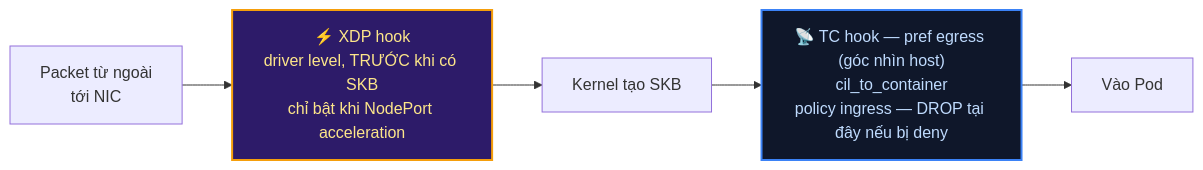
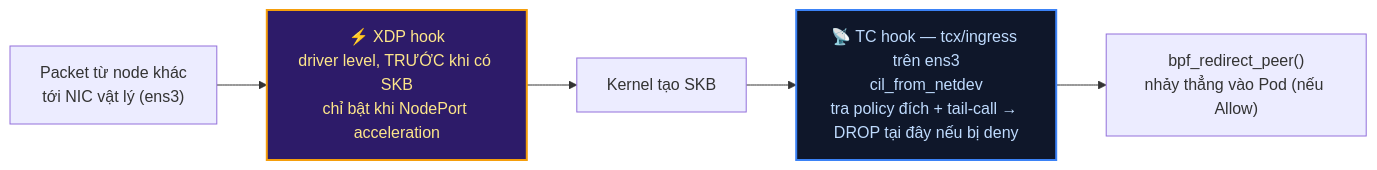
The second of 5 diagrams in kubernetes-networking/k8s-lab/tap-26-ebpf-hooks/lab-guide.md (thangphan205/network-thuc-chien), drawn with Mermaid before and after one commit. The commit also changed other lines of this file and 10 other files, not shown here.

````diff
--- a/kubernetes-networking/k8s-lab/tap-26-ebpf-hooks/lab-guide.md
+++ b/kubernetes-networking/k8s-lab/tap-26-ebpf-hooks/lab-guide.md
@@ -22,10 +22,10 @@
 ```mermaid
 flowchart LR
-  B1["Packet từ ngoài<br/>tới NIC"] --> B2["⚡ XDP hook<br/>driver level, TRƯỚC khi có SKB<br/>chỉ bật khi NodePort acceleration"]
+  B1["Packet từ node khác<br/>tới NIC vật lý (ens3)"] --> B2["⚡ XDP hook<br/>driver level, TRƯỚC khi có SKB<br/>chỉ bật khi NodePort acceleration"]
   B2 --> B3["Kernel tạo SKB"]
-  B3 --> B4["📡 TC hook — pref egress (góc nhìn host)<br/>cil_to_container<br/>policy ingress — DROP tại đây nếu bị deny"]
-  B4 --> B5["Vào Pod"]
+  B3 --> B4["📡 TC hook — tcx/ingress trên ens3<br/>cil_from_netdev<br/>tra policy đích + tail-call → DROP tại đây nếu bị deny"]
+  B4 --> B5["bpf_redirect_peer()<br/>nhảy thẳng vào Pod (nếu Allow)"]
 
   style B2 fill:#2d1b69,stroke:#f59e0b,stroke-width:2px,color:#fde68a
   style B4 fill:#0f172a,stroke:#3b82f6,stroke-width:2px,color:#bfdbfe
 ```
````
